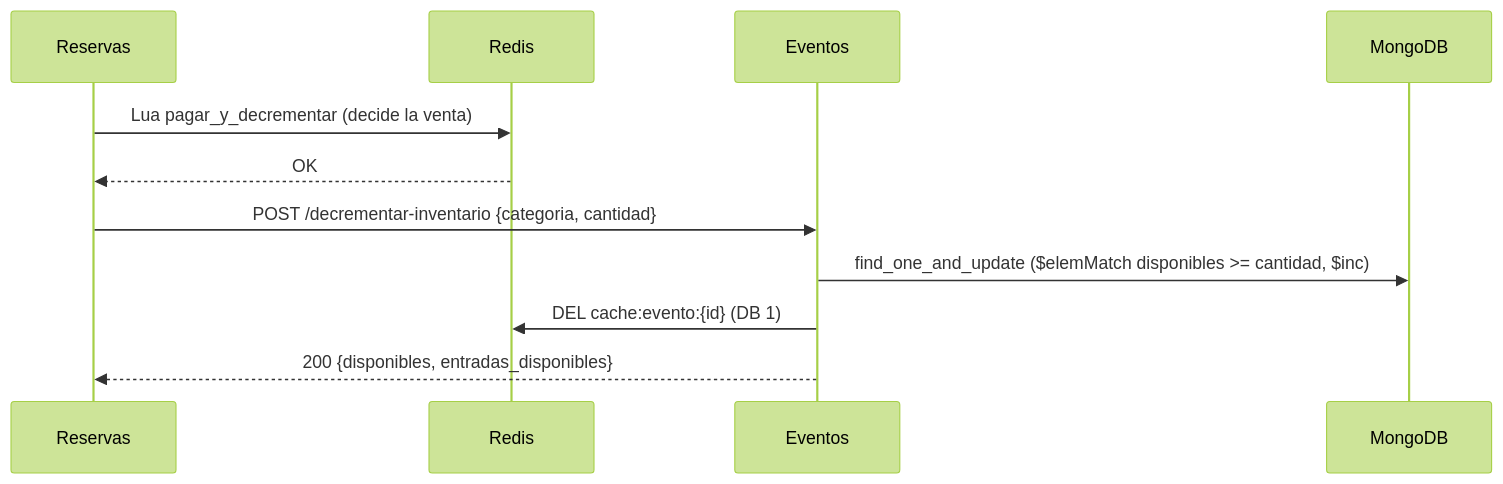
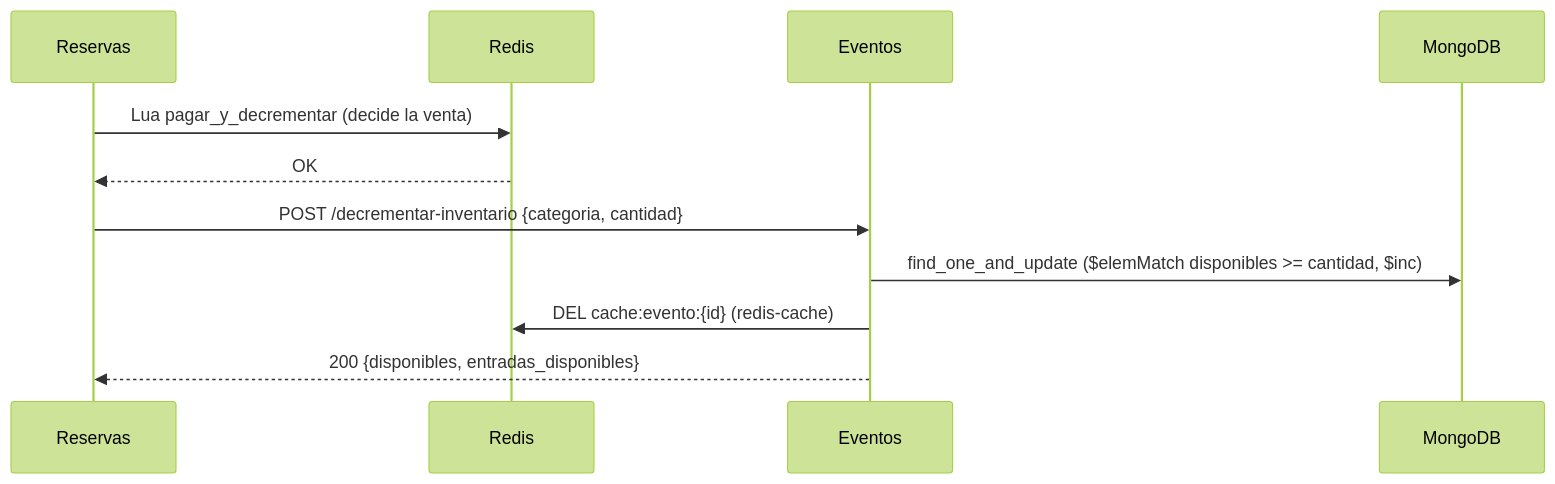
The diagram in TAREA 2/brain/microservices/eventos.md (fmq203/FQ-NoSQL-2026), drawn with Mermaid (forest theme) before and after one commit. The commit also changed other lines of this file and 29 other files, not shown here.

First line of the commit message:
Separar Redis en dos instancias: redis (pagos) y redis-cache (lecturas)

````diff
--- a/TAREA 2/brain/microservices/eventos.md
+++ b/TAREA 2/brain/microservices/eventos.md
@@ -112,13 +112,13 @@
 ```mermaid
 sequenceDiagram
     participant R as Reservas
     participant Redis
     participant E as Eventos
     participant M as MongoDB
     R->>Redis: Lua pagar_y_decrementar (decide la venta)
     Redis-->>R: OK
     R->>E: POST /decrementar-inventario {categoria, cantidad}
     E->>M: find_one_and_update ($elemMatch disponibles >= cantidad, $inc)
-    E->>Redis: DEL cache:evento:{id} (DB 1)
+    E->>Redis: DEL cache:evento:{id} (redis-cache)
     E-->>R: 200 {disponibles, entradas_disponibles}
 ```
````
